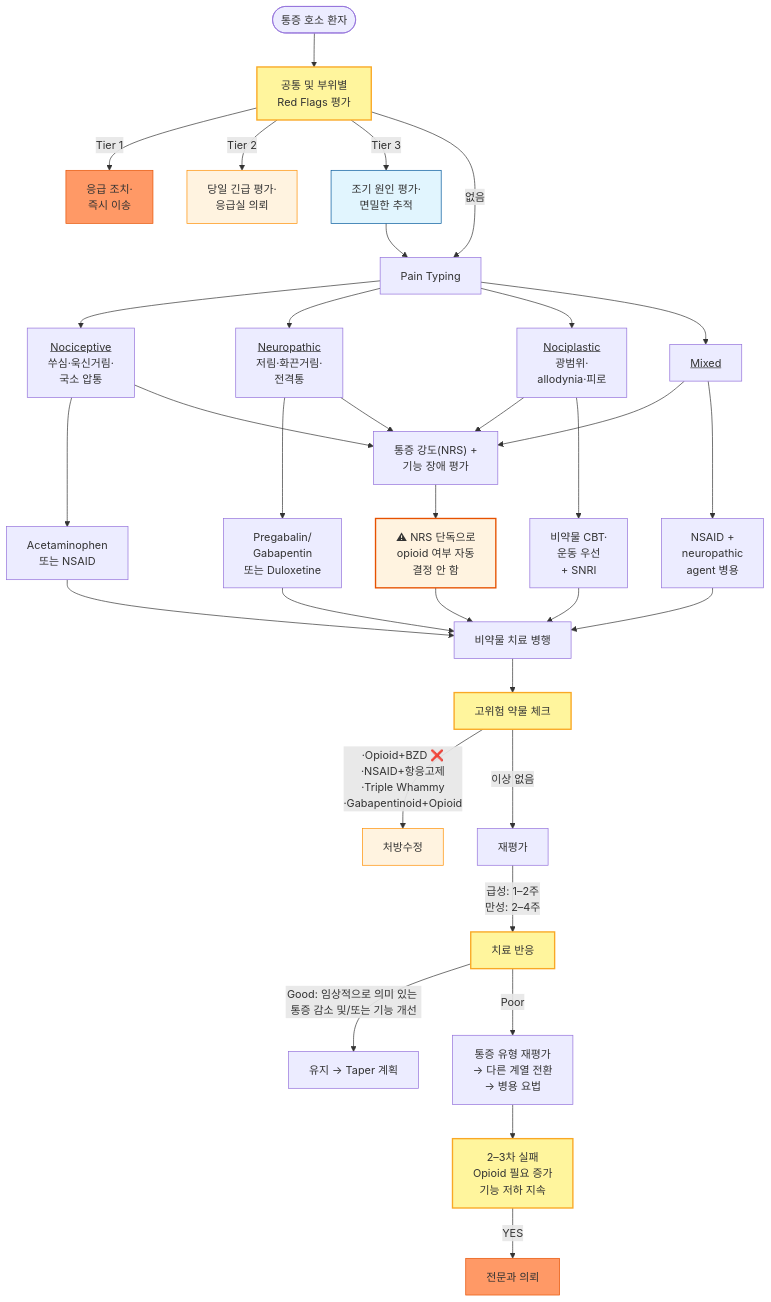
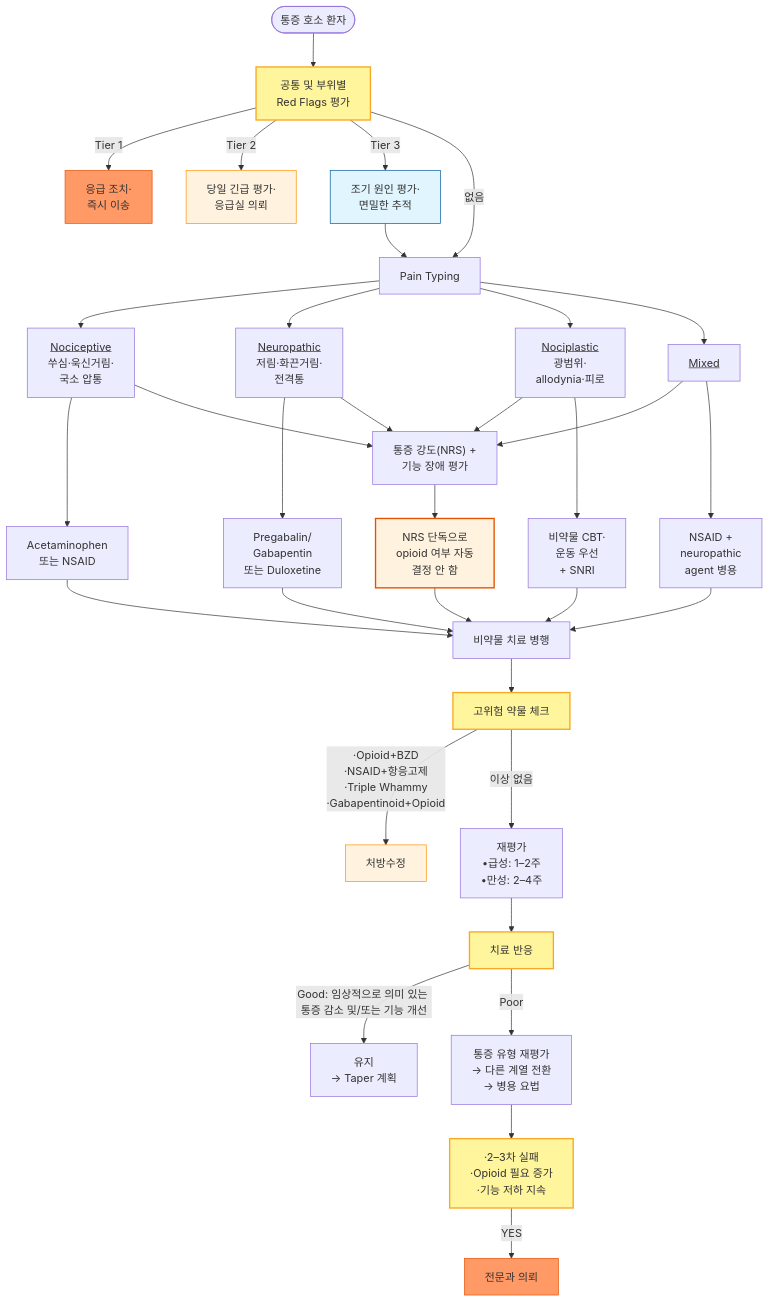
Before and after one commit to familyoh77/familyoh77: the first of 2 diagrams in 220_/001_-pain.md, drawn with Mermaid. The commit also changed other lines of this file, not shown here.

````diff
--- a/220_/001_-pain.md
+++ b/220_/001_-pain.md
@@ -137,38 +142,38 @@
 ```mermaid
 flowchart TD
     A([통증 호소 환자]) --> B[공통 및 부위별\nRed Flags 평가]
     B -->|Tier 1| C[응급 조치·\n즉시 이송]
     B -->|Tier 2| C2[당일 긴급 평가·\n응급실 의뢰]
     B -->|Tier 3| C3[조기 원인 평가·\n면밀한 추적]
     B -->|없음| D[Pain Typing]
     C3 --> D
     D --> D1[<u>Nociceptive</u>\n쑤심·욱신거림·\n국소 압통]
     D --> D2[<u>Neuropathic</u>\n저림·화끈거림·\n전격통]
     D --> D3[<u>Nociplastic</u>\n광범위·\nallodynia·피로]
     D --> D4[<u>Mixed</u>]
     D1 --> F1[Acetaminophen \n또는 NSAID]
     D2 --> G1[Pregabalin/\nGabapentin\n또는 Duloxetine]
     D1 & D2 & D3 & D4 --> E["통증 강도(NRS) +\n 기능 장애 평가"]
-    E --> E0["⚠ NRS 단독으로 \nopioid 여부 자동 \n결정 안 함"]
+    E --> E0["NRS 단독으로 \nopioid 여부 자동 \n결정 안 함"]
     D3 --> G2[비약물 CBT·\n운동 우선\n+ SNRI]
     D4 --> F2[NSAID +\nneuropathic \nagent 병용]
     E0 & F1 & G1 & G2 & F2 --> H[비약물 치료 병행]
     H --> I[고위험 약물 체크]
-    I --> |"·Opioid+BZD ❌\n·NSAID+항응고제\n·Triple Whammy\n·Gabapentinoid+Opioid"| J[처방수정]
-    I -->|"이상 없음"| K[재평가]
-    K -->|급성: 1–2주\n만성: 2–4주| L[치료 반응]
-    L -->|Good: 임상적으로 의미 있는 통증 감소 및/또는 기능 개선| M[유지 → Taper 계획]
+    I --> |"·Opioid+BZD\n·NSAID+항응고제\n·Triple Whammy\n·Gabapentinoid+Opioid"| J[처방수정]
+    I -->|"이상 없음"| K[재평가\n•급성: 1–2주\n•만성: 2–4주]
+    K --> L[치료 반응]
+    L -->|Good: 임상적으로 의미 있는 통증 감소 및/또는 기능 개선| M[유지 \n→ Taper 계획]
     L -->|Poor| N[통증 유형 재평가\n→ 다른 계열 전환\n→ 병용 요법]
-    N --> O[2–3차 실패\nOpioid 필요 증가\n기능 저하 지속]
+    N --> O[·2–3차 실패\n·Opioid 필요 증가\n·기능 저하 지속]
     O -->|YES| P[전문과 의뢰]
     style C fill:#f96,stroke:#e65100
     style C2 fill:#fff3e0,stroke:#ff8f00
     style C3 fill:#e1f5fe,stroke:#01579b
     style P fill:#f96,stroke:#e65100
     style J fill:#fff3e0,stroke:#ff8f00
     style E0 fill:#fff3e0,stroke:#e65100,stroke-width:2px
     style B fill:#fff59d,stroke:#f9a825,stroke-width:2px
     style I fill:#fff59d,stroke:#f9a825,stroke-width:2px
     style L fill:#fff59d,stroke:#f9a825,stroke-width:2px
     style O fill:#fff59d,stroke:#f9a825,stroke-width:2px
 ```
````
